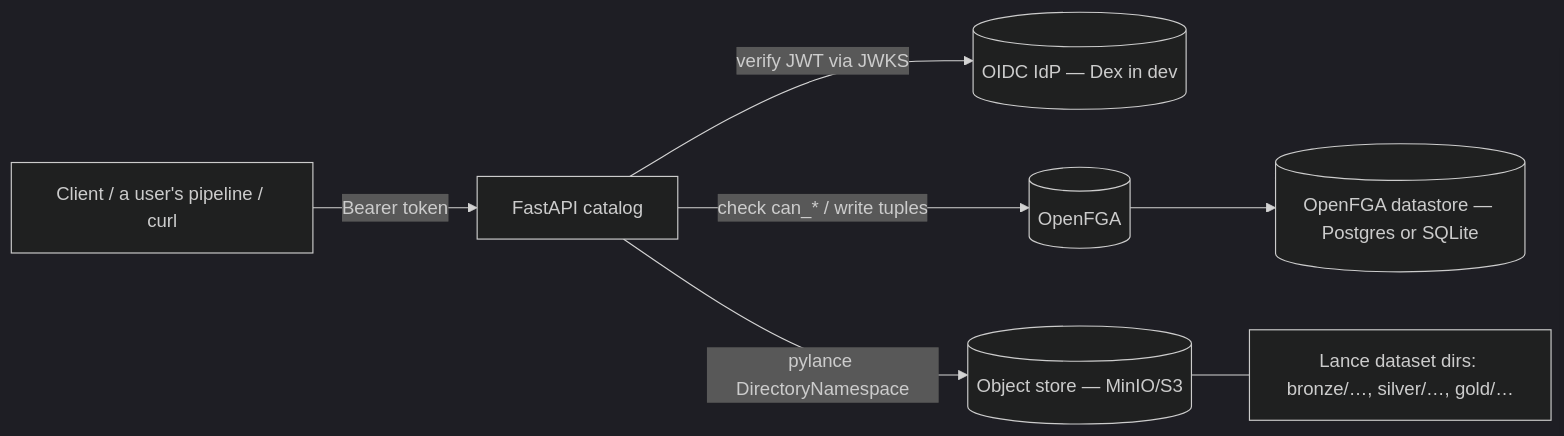
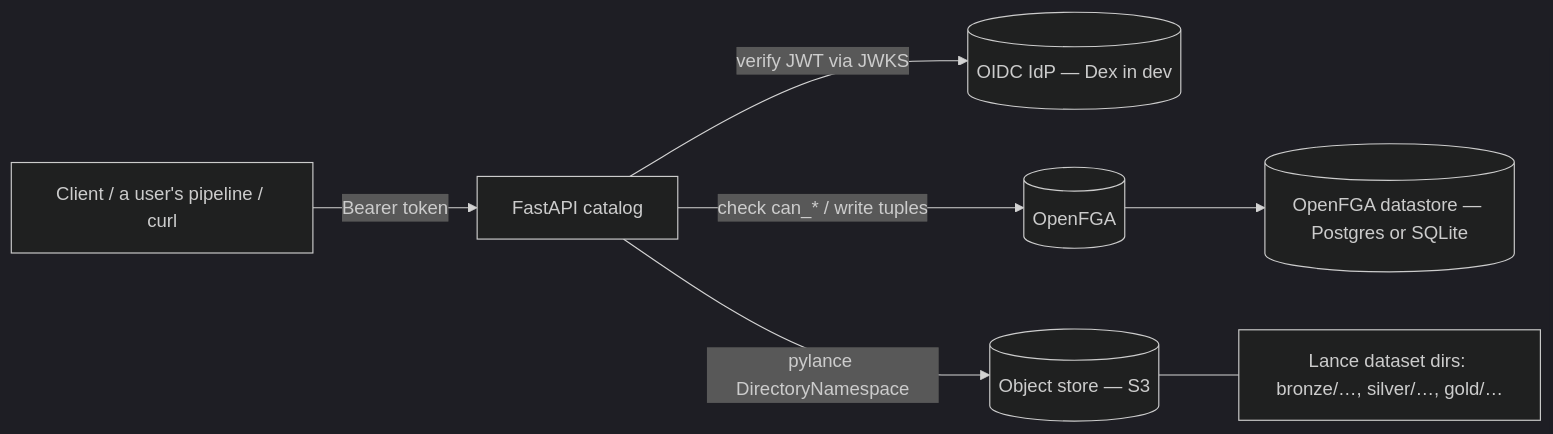
One commit to AI-Riksarkivet/rask changed the first of 2 diagrams in docs/ARCHITECTURE.md. Above: the diagram before and after it, drawn with Mermaid (dark theme). The commit also changed other lines of this file and 197 other files, not shown here.

````diff
--- a/docs/ARCHITECTURE.md
+++ b/docs/ARCHITECTURE.md
@@ -93,9 +93,9 @@
 ```mermaid
 flowchart LR
   C[Client / a user's pipeline / curl] -->|Bearer token| API[FastAPI catalog]
   API -->|verify JWT via JWKS| DEX[(OIDC IdP — Dex in dev)]
   API -->|check can_* / write tuples| FGA[(OpenFGA)]
   FGA --> PG[(OpenFGA datastore — Postgres or SQLite)]
-  API -->|pylance DirectoryNamespace| OS[(Object store — MinIO/S3)]
+  API -->|pylance DirectoryNamespace| OS[(Object store — S3)]
   OS --- L[Lance dataset dirs: bronze/…, silver/…, gold/…]
 ```
````
